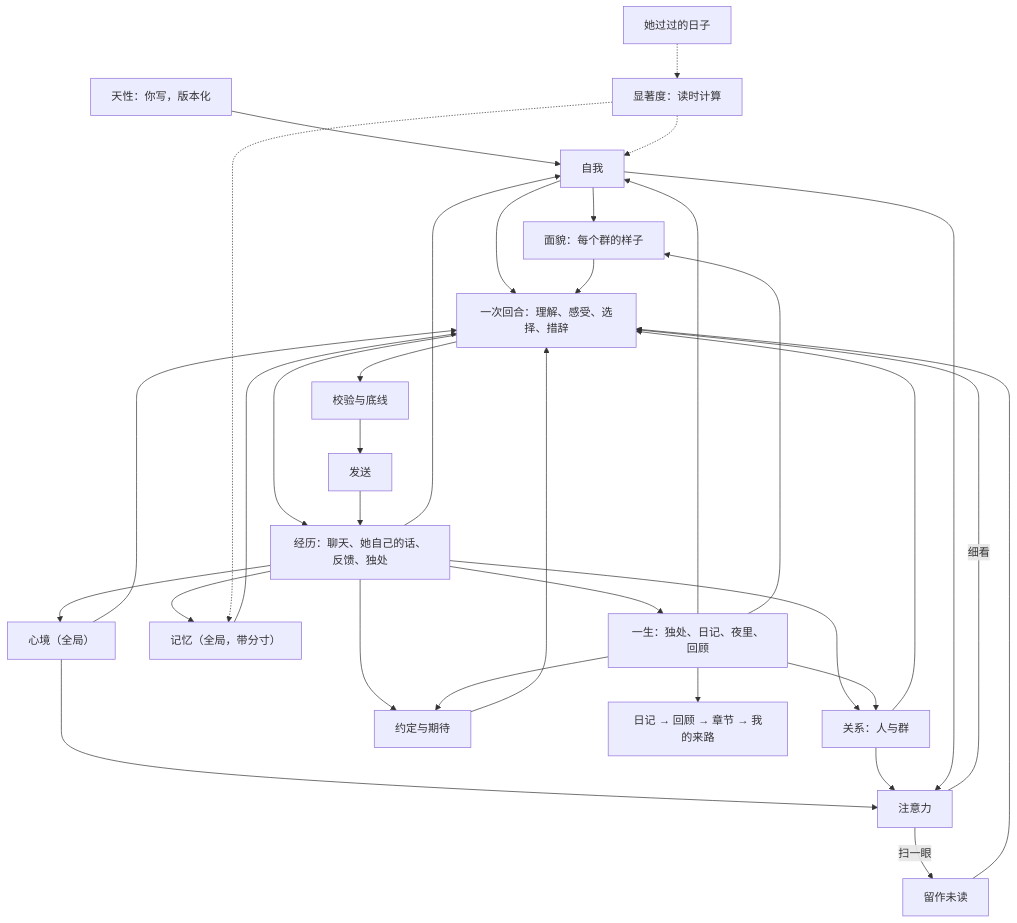
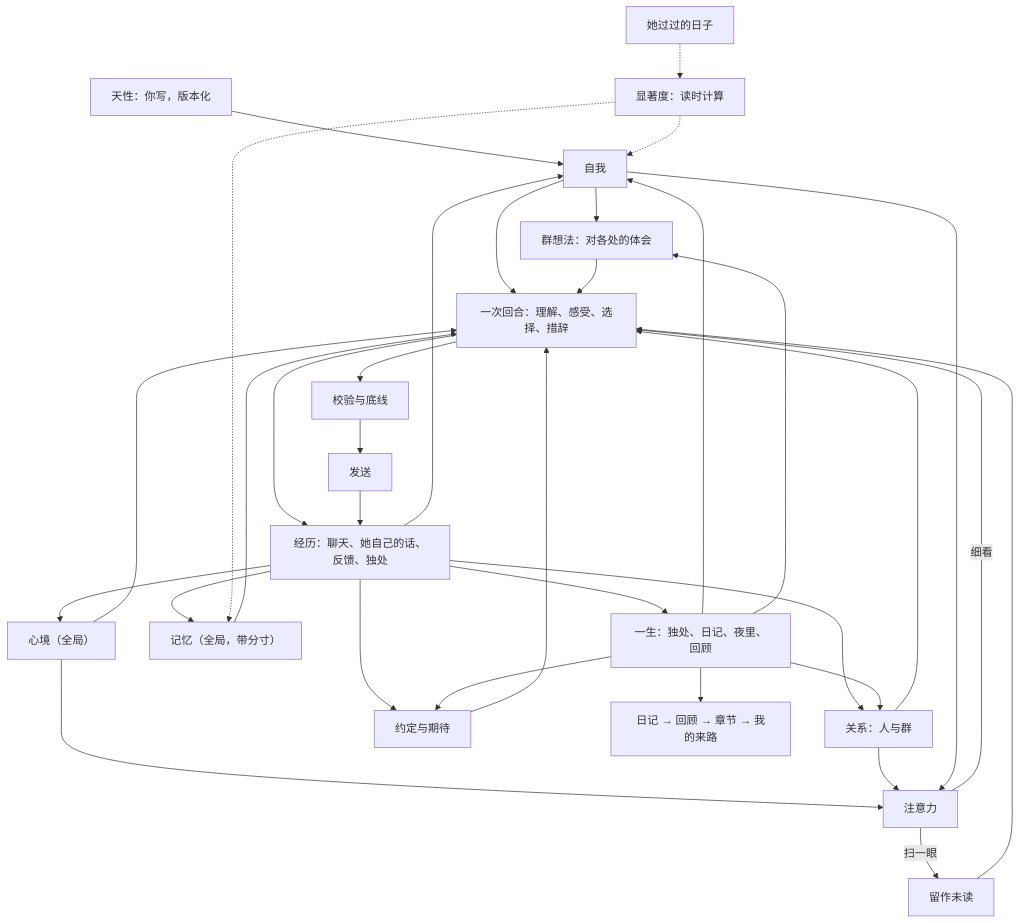
The diagram in docs/zh/her-life.md (TodayYueC/LuckyTri), drawn with Mermaid before and after one commit. The commit also changed other lines of this file and 72 other files, not shown here.

````diff
--- a/docs/zh/her-life.md
+++ b/docs/zh/her-life.md
@@ -45,35 +45,35 @@
 ```mermaid
 flowchart TD
   Nature["天性：你写，版本化"] --> Self["自我"]
   Exp["经历：聊天、她自己的话、反馈、独处"] --> Self
   Exp --> Affect["心境（全局）"]
   Exp --> Bonds["关系：人与群"]
   Exp --> Memory["记忆（全局，带分寸）"]
   Exp --> Ahead["约定与期待"]
-  Self --> Faces["面貌：每个群的样子"]
+  Self --> Faces["群想法：对各处的体会"]
   Days["她过过的日子"] -.-> Salience["显著度：读时计算"]
   Salience -.-> Self
   Salience -.-> Memory
   Affect --> Attention["注意力"]
   Bonds --> Attention
   Self --> Attention
   Attention -->|细看| Turn["一次回合：理解、感受、选择、措辞"]
   Attention -->|扫一眼| Unread["留作未读"]
   Unread --> Turn
   Self --> Turn
   Faces --> Turn
   Bonds --> Turn
   Memory --> Turn
   Affect --> Turn
   Ahead --> Turn
   Turn --> Guard["校验与底线"]
   Guard --> Send["发送"]
   Turn --> Exp
   Send --> Exp
   Exp --> Life["一生：独处、日记、夜里、回顾"]
   Life --> Self
   Life --> Faces
   Life --> Bonds
   Life --> Ahead
   Life --> Story["日记 → 回顾 → 章节 → 我的来路"]
 ```
````
